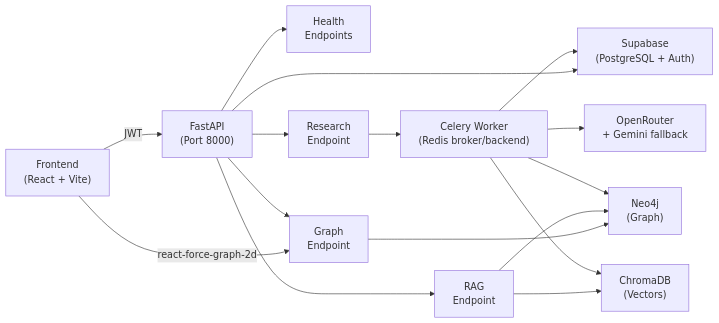
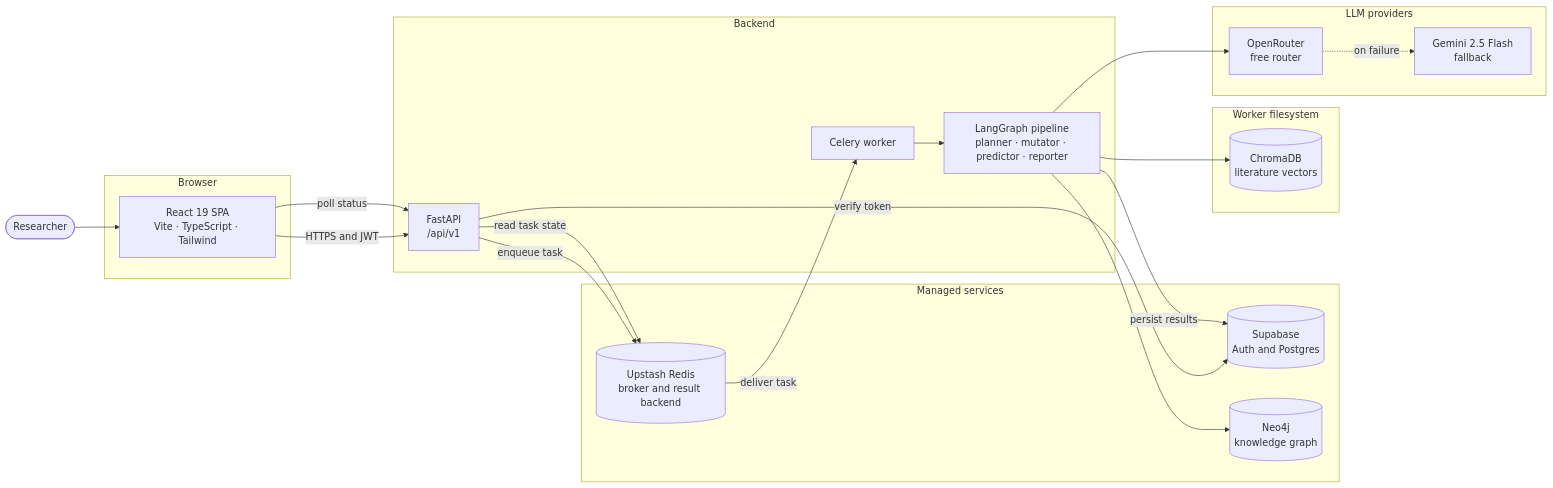
One commit to Rahul-8283/AURA_Data_Driven changed the first of 18 diagrams in README.md. Above: the diagram before and after it, drawn with Mermaid. The commit also changed other lines of this file, not shown here.

````diff
--- a/README.md
+++ b/README.md
@@ -119,30 +153,43 @@
 ```mermaid
-graph LR
-    FE["Frontend<br/>(React + Vite)"]
-    API["FastAPI<br/>(Port 8000)"]
-    Health["Health<br/>Endpoints"]
-    RAG["RAG<br/>Endpoint"]
-    Research["Research<br/>Endpoint"]
-    Graph["Graph<br/>Endpoint"]
-    Celery["Celery Worker<br/>(Redis broker/backend)"]
-    Supabase["Supabase<br/>(PostgreSQL + Auth)"]
-    Neo4j["Neo4j<br/>(Graph)"]
-    Chroma["ChromaDB<br/>(Vectors)"]
-    LLM["OpenRouter<br/>+ Gemini fallback"]
+flowchart LR
+    user(["Researcher"])
 
-    FE -->|JWT| API
-    API --> Health
-    API --> RAG
-    API --> Research
-    API --> Graph
-    Research --> Celery
-    Celery --> Neo4j
-    Celery --> Chroma
-    Celery --> LLM
-    Celery --> Supabase
-    API --> Supabase
-    RAG --> Neo4j
-    RAG --> Chroma
-    Graph --> Neo4j
-    FE -->|react-force-graph-2d| Graph
+    subgraph browser["Browser"]
+        spa["React 19 SPA<br/>Vite · TypeScript · Tailwind"]
+    end
+
+    subgraph backend["Backend"]
+        api["FastAPI<br/>/api/v1"]
+        worker["Celery worker"]
+        lg["LangGraph pipeline<br/>planner · mutator · predictor · reporter"]
+    end
+
+    subgraph managed["Managed services"]
+        redis[("Upstash Redis<br/>broker and result backend")]
+        supa[("Supabase<br/>Auth and Postgres")]
+        aura[("Neo4j<br/>knowledge graph")]
+    end
+
+    subgraph local["Worker filesystem"]
+        chroma[("ChromaDB<br/>literature vectors")]
+    end
+
+    subgraph llm["LLM providers"]
+        orr["OpenRouter<br/>free router"]
+        gem["Gemini 2.5 Flash<br/>fallback"]
+    end
+
+    user --> spa
+    spa -->|"HTTPS and JWT"| api
+    api -->|"verify token"| supa
+    api -->|"enqueue task"| redis
+    redis -->|"deliver task"| worker
+    worker --> lg
+    lg --> aura
+    lg --> chroma
+    lg --> orr
+    orr -.->|"on failure"| gem
+    lg -->|"persist results"| supa
+    spa -->|"poll status"| api
+    api -->|"read task state"| redis
 ```
````
